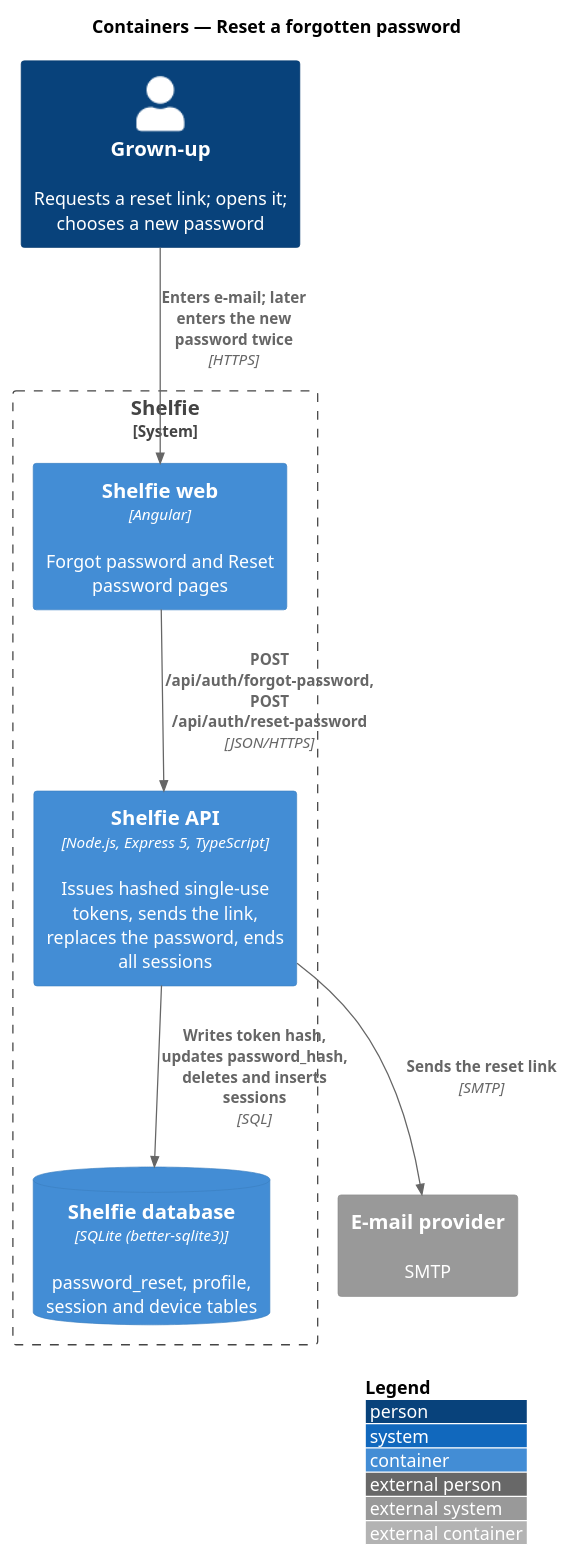
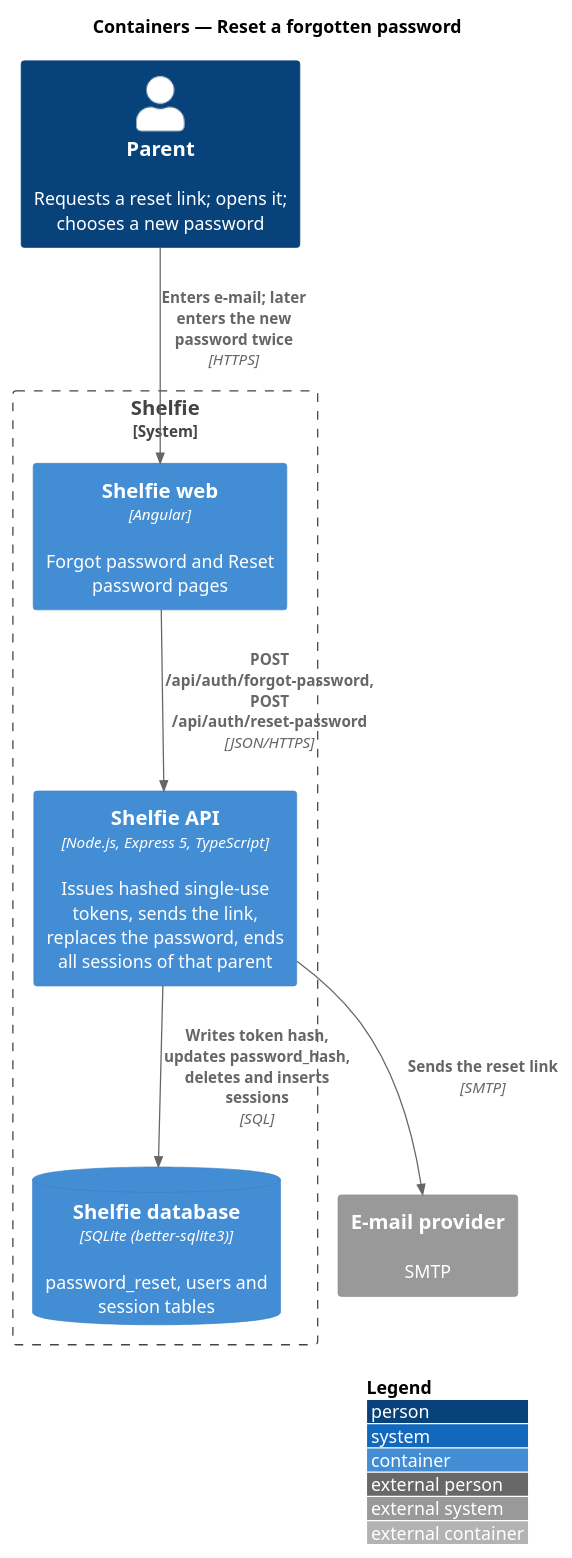
Before and after one commit to QuinntyneBrown/shelfie: the diagram in docs/detailed-designs/sign-in/reset-password/diagrams/c4-container.puml, drawn with PlantUML. The commit also changed 313 other files, not shown here.

```diff
--- a/docs/detailed-designs/sign-in/reset-password/diagrams/c4-container.puml
+++ b/docs/detailed-designs/sign-in/reset-password/diagrams/c4-container.puml
@@ -1,17 +1,17 @@
 @startuml
 !include <C4/C4_Container>
 LAYOUT_WITH_LEGEND()
 title Containers — Reset a forgotten password
 
-Person(grownUp, "Grown-up", "Requests a reset link; opens it; chooses a new password")
+Person(parent, "Parent", "Requests a reset link; opens it; chooses a new password")
 System_Boundary(shelfie, "Shelfie") {
   Container(web, "Shelfie web", "Angular", "Forgot password and Reset password pages")
-  Container(api, "Shelfie API", "Node.js, Express 5, TypeScript", "Issues hashed single-use tokens, sends the link, replaces the password, ends all sessions")
-  ContainerDb(db, "Shelfie database", "SQLite (better-sqlite3)", "password_reset, profile, session and device tables")
+  Container(api, "Shelfie API", "Node.js, Express 5, TypeScript", "Issues hashed single-use tokens, sends the link, replaces the password, ends all sessions of that parent")
+  ContainerDb(db, "Shelfie database", "SQLite (better-sqlite3)", "password_reset, users and session tables")
 }
 System_Ext(mail, "E-mail provider", "SMTP")
-Rel(grownUp, web, "Enters e-mail; later enters the new password twice", "HTTPS")
+Rel(parent, web, "Enters e-mail; later enters the new password twice", "HTTPS")
 Rel(web, api, "POST /api/auth/forgot-password, POST /api/auth/reset-password", "JSON/HTTPS")
 Rel(api, db, "Writes token hash, updates password_hash, deletes and inserts sessions", "SQL")
 Rel(api, mail, "Sends the reset link", "SMTP")
 @enduml
```
